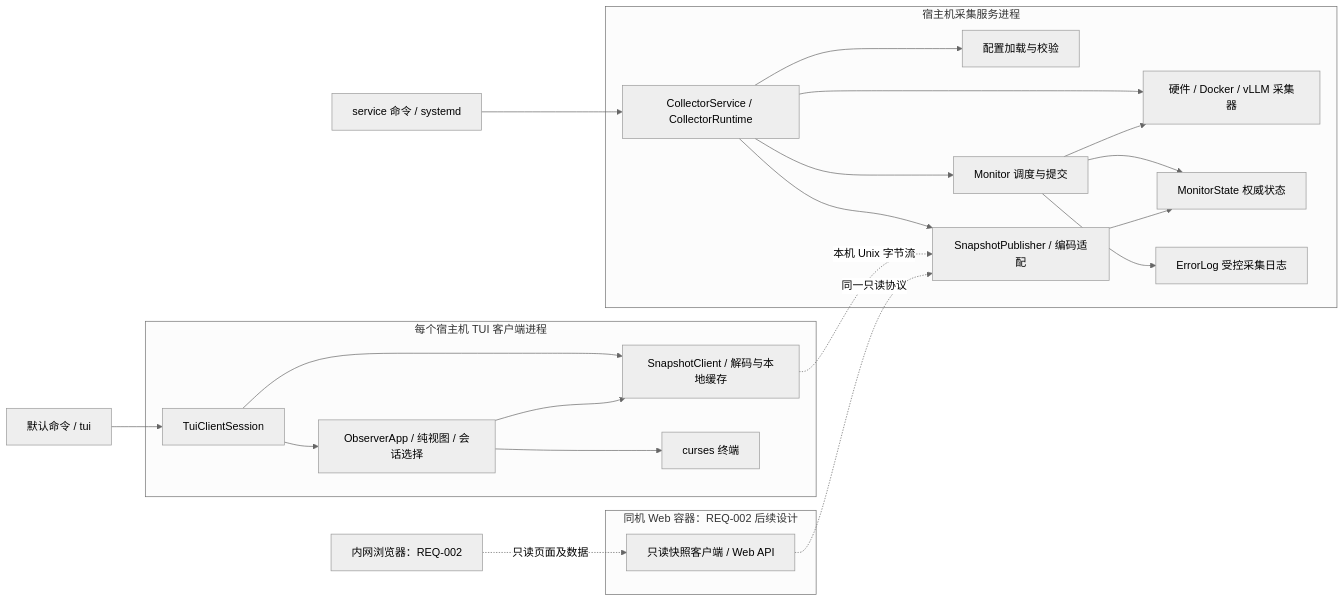
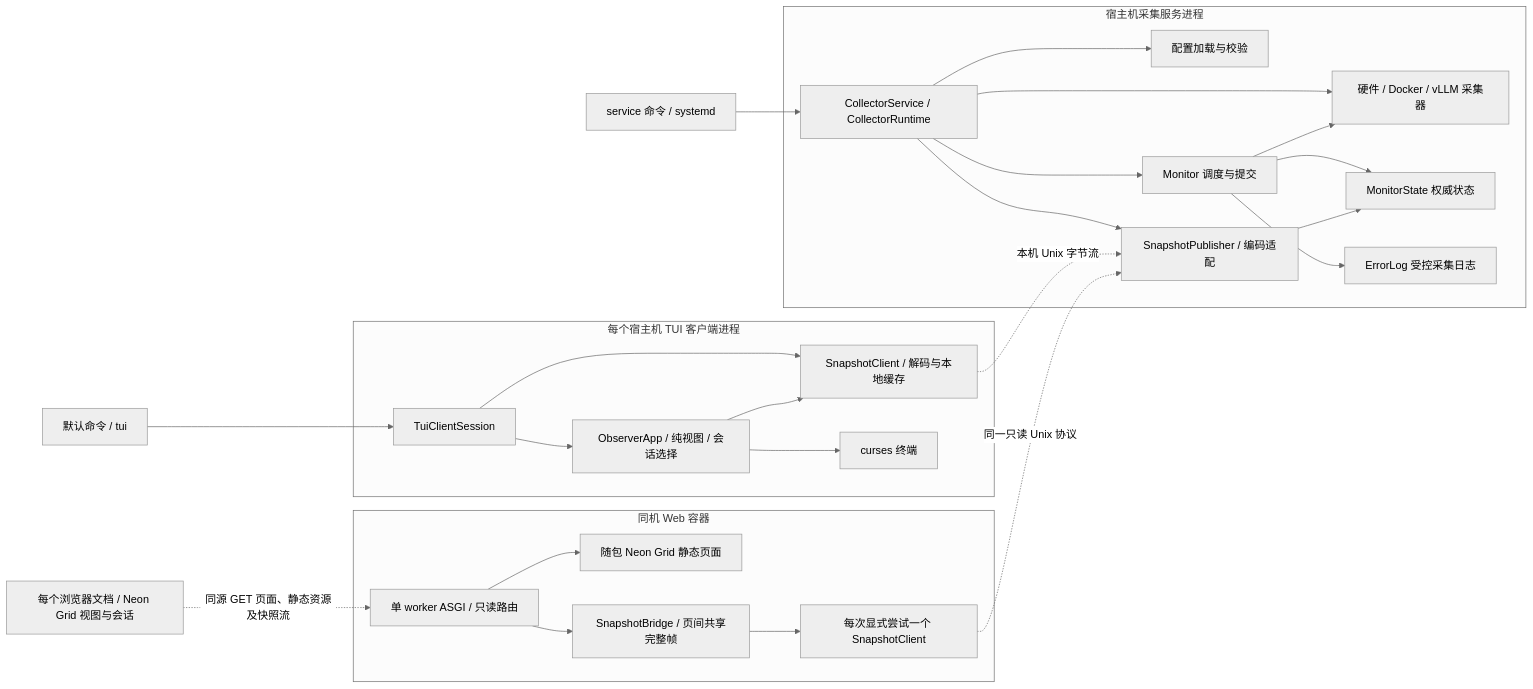
The diagram in docs/design/architecture.md (shawnluxyRE/joi-observer), drawn with Mermaid (neutral theme) before and after one commit. The commit also changed other lines of this file and 43 other files, not shown here.

First line of the commit message:
<feat> Add a containerized Web monitoring dashboard (REQ-002)

````diff
--- a/docs/design/architecture.md
+++ b/docs/design/architecture.md
@@ -11,42 +9,48 @@
 ```mermaid
 flowchart LR
     ServiceCLI["service 命令 / systemd"] --> Runtime
     TuiCLI["默认命令 / tui"] --> Session
 
     subgraph Service["宿主机采集服务进程"]
         Config["配置加载与校验"]
         Runtime["CollectorService / CollectorRuntime"]
         Sources["硬件 / Docker / vLLM 采集器"]
         Monitor["Monitor 调度与提交"]
         State["MonitorState 权威状态"]
         Log["ErrorLog 受控采集日志"]
         Publisher["SnapshotPublisher / 编码适配"]
         Runtime --> Config
         Runtime --> Sources
         Runtime --> Monitor
         Runtime --> Publisher
         Monitor --> Sources
         Monitor --> State
         Monitor --> Log
         Publisher --> State
     end
 
     subgraph TUI["每个宿主机 TUI 客户端进程"]
         Session["TuiClientSession"]
         Client["SnapshotClient / 解码与本地缓存"]
         View["ObserverApp / 纯视图 / 会话选择"]
         Terminal["curses 终端"]
         Session --> Client
         Session --> View
         View --> Client
         View --> Terminal
     end
 
-    subgraph Web["同机 Web 容器：REQ-002 后续设计"]
-        Bridge["只读快照客户端 / Web API"]
+    subgraph Web["同机 Web 容器"]
+        Http["单 worker ASGI / 只读路由"]
+        Static["随包 Neon Grid 静态页面"]
+        Bridge["SnapshotBridge / 页间共享完整帧"]
+        WebClient["每次显式尝试一个 SnapshotClient"]
+        Http --> Static
+        Http --> Bridge
+        Bridge --> WebClient
     end
-    Browser["内网浏览器：REQ-002"]
+    Browser["每个浏览器文档 / Neon Grid 视图与会话"]
     Client -. "本机 Unix 字节流" .-> Publisher
-    Bridge -. "同一只读协议" .-> Publisher
-    Browser -. "只读页面及数据" .-> Bridge
+    WebClient -. "同一只读 Unix 协议" .-> Publisher
+    Browser -. "同源 GET 页面、静态资源及快照流" .-> Http
 ```
````
